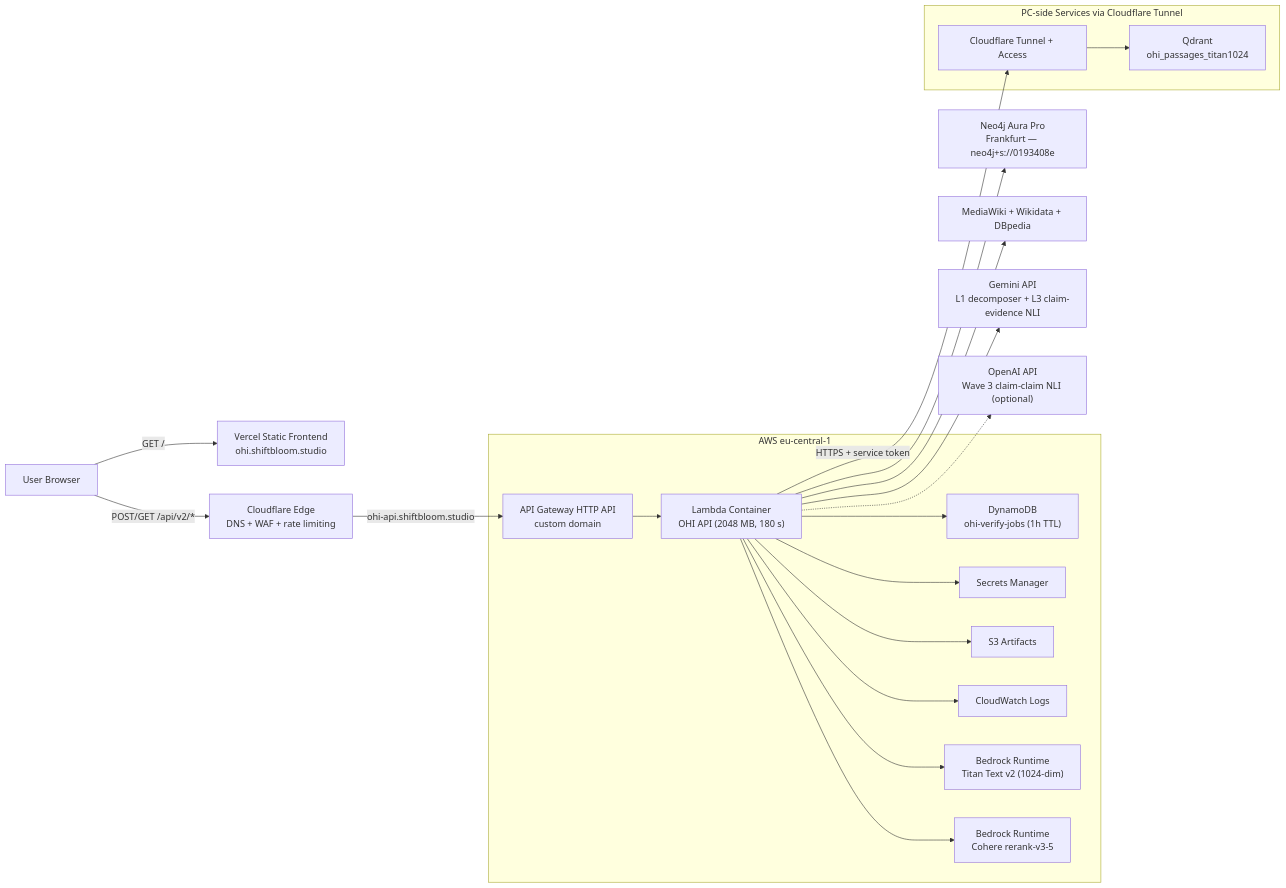
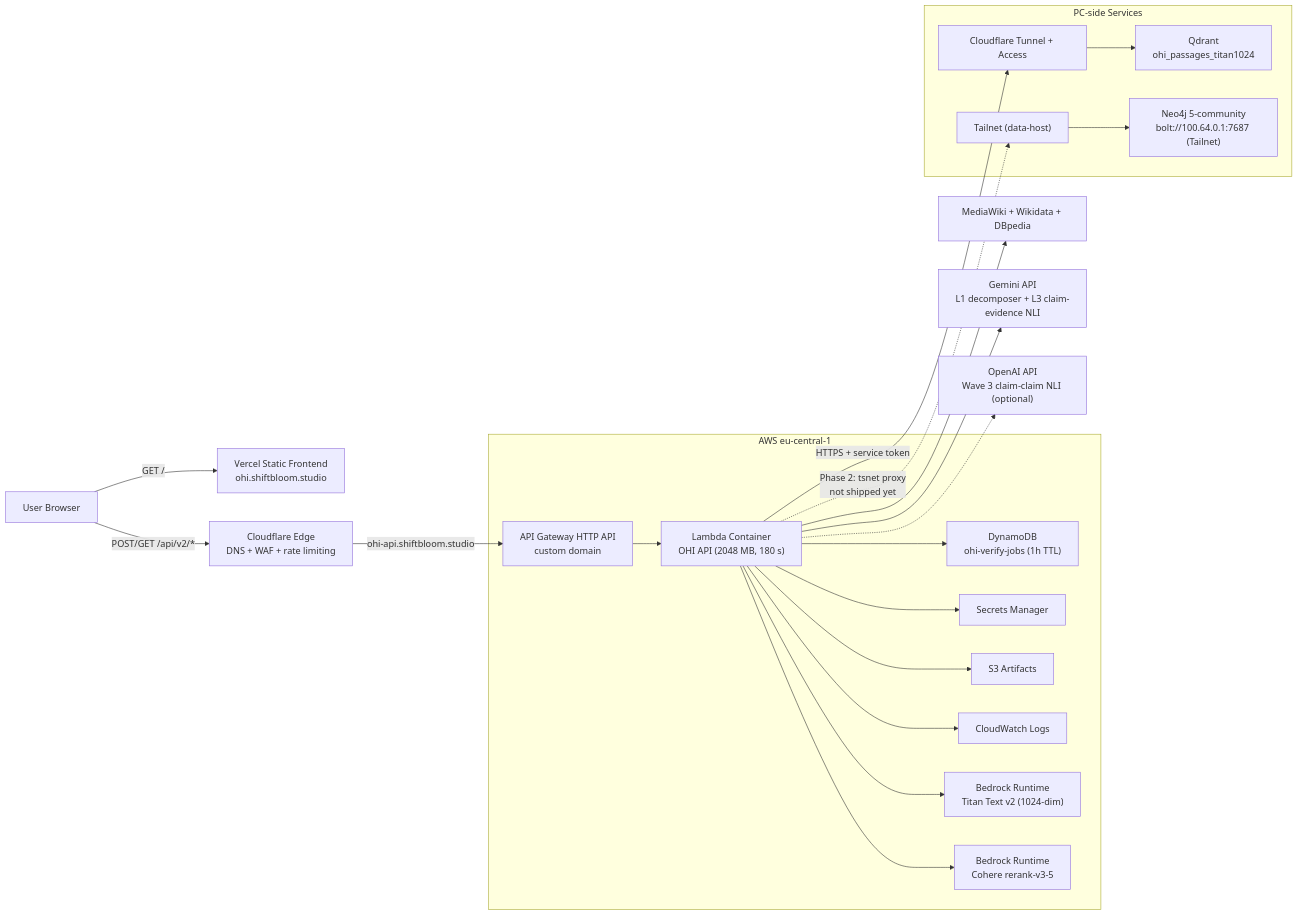
Before and after one commit to shiftbloom-studio/open-hallucination-index: the first of 3 diagrams in docs/CURRENT_ARCHITECTURE.md, drawn with Mermaid. The commit also changed other lines of this file and 1 other file, not shown here.

````diff
--- a/docs/CURRENT_ARCHITECTURE.md
+++ b/docs/CURRENT_ARCHITECTURE.md
@@ -39,47 +37,50 @@
 ```mermaid
 flowchart LR
     user["User Browser"]
     site["Vercel Static Frontend\nohi.shiftbloom.studio"]
     edge["Cloudflare Edge\nDNS + WAF + rate limiting"]
 
     subgraph aws["AWS eu-central-1"]
         apigw["API Gateway HTTP API\ncustom domain"]
         lambda["Lambda Container\nOHI API (2048 MB, 180 s)"]
         ddb["DynamoDB\nohi-verify-jobs (1h TTL)"]
         sm["Secrets Manager"]
         s3["S3 Artifacts"]
         logs["CloudWatch Logs"]
         br_embed["Bedrock Runtime\nTitan Text v2 (1024-dim)"]
         br_rerank["Bedrock Runtime\nCohere rerank-v3-5"]
     end
 
-    subgraph pc["PC-side Services via Cloudflare Tunnel"]
+    subgraph pc["PC-side Services"]
         cfaccess["Cloudflare Tunnel + Access"]
         qdrant["Qdrant\nohi_passages_titan1024"]
+        neo4j_pc["Neo4j 5-community\nbolt://100.64.0.1:7687 (Tailnet)"]
+        tailnet["Tailnet (data-host)"]
     end
 
-    aura["Neo4j Aura Pro\nFrankfurt — neo4j+s://0193408e"]
     wiki["MediaWiki + Wikidata + DBpedia"]
     gemini["Gemini API\nL1 decomposer + L3 claim-evidence NLI"]
     openai["OpenAI API\nWave 3 claim-claim NLI (optional)"]
 
     user -->|"GET /"| site
     user -->|"POST/GET /api/v2/*"| edge
     edge -->|"ohi-api.shiftbloom.studio"| apigw
     apigw --> lambda
 
     lambda --> ddb
     lambda --> sm
     lambda --> s3
     lambda --> logs
     lambda --> br_embed
     lambda --> br_rerank
 
-    lambda --> aura
     lambda --> wiki
     lambda --> gemini
     lambda -.-> openai
 
     lambda -->|"HTTPS + service token"| cfaccess
     cfaccess --> qdrant
+
+    lambda -.->|"Phase 2: tsnet proxy\nnot shipped yet"| tailnet
+    tailnet --> neo4j_pc
 ```
````
